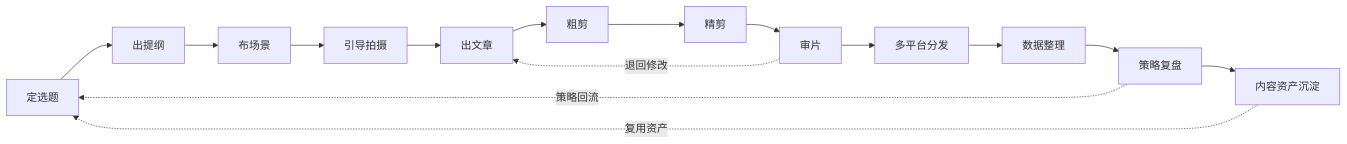
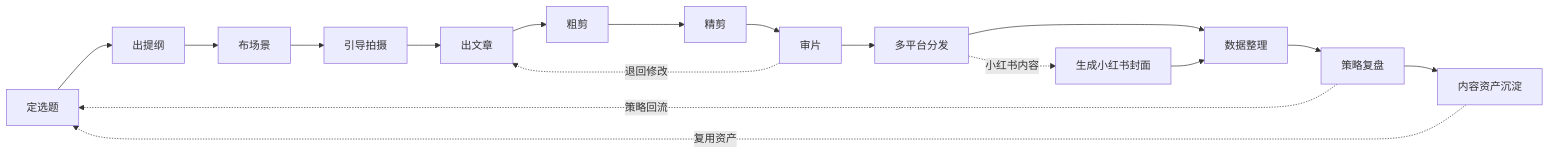
Before and after one commit to Ivor-NCUT/social-media-creator-workflow: the diagram in README.md, drawn with Mermaid. The commit also changed other lines of this file and 14 other files, not shown here.

````diff
--- a/README.md
+++ b/README.md
@@ -23,17 +23,19 @@
 ```mermaid
 flowchart LR
     A[定选题] --> B[出提纲]
     B --> C[布场景]
     C --> D[引导拍摄]
     D --> E[出文章]
     E --> F[粗剪]
     F --> G[精剪]
     G --> H[审片]
     H --> I[多平台分发]
-    I --> J[数据整理]
-    J --> K[策略复盘]
-    K --> L[内容资产沉淀]
-    L -. 复用资产 .-> A
+    I -. 小红书内容 .-> X[生成小红书封面]
+    I --> K[数据整理]
+    X --> K
+    K --> L[策略复盘]
+    L --> M[内容资产沉淀]
+    M -. 复用资产 .-> A
     H -. 退回修改 .-> E
-    K -. 策略回流 .-> A
+    L -. 策略回流 .-> A
 ```
````
